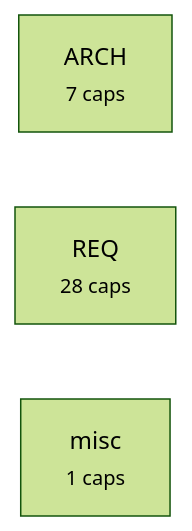
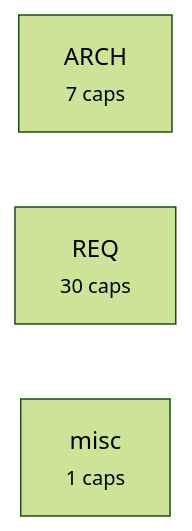
Before and after one commit to alxmax/excalidraw-diagram: the third of 4 diagrams in requirements/_map.md, drawn with Mermaid (forest theme). The commit also changed other lines of this file and 16 other files, not shown here.

````diff
--- a/requirements/_map.md
+++ b/requirements/_map.md
@@ -120,6 +122,6 @@
 ```mermaid
 graph LR
   a_ARCH["ARCH<br><small>7 caps</small>"]
-  a_REQ["REQ<br><small>28 caps</small>"]
+  a_REQ["REQ<br><small>30 caps</small>"]
   a_misc["misc<br><small>1 caps</small>"]
 ```
````
